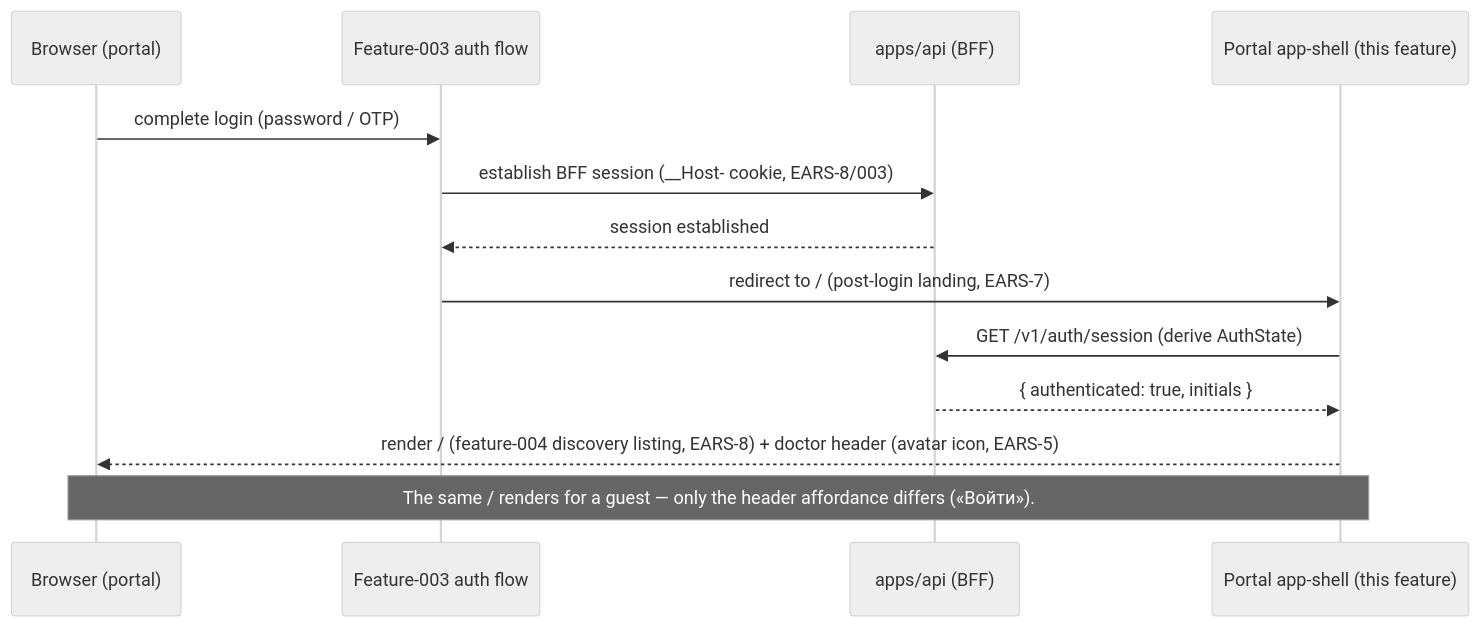
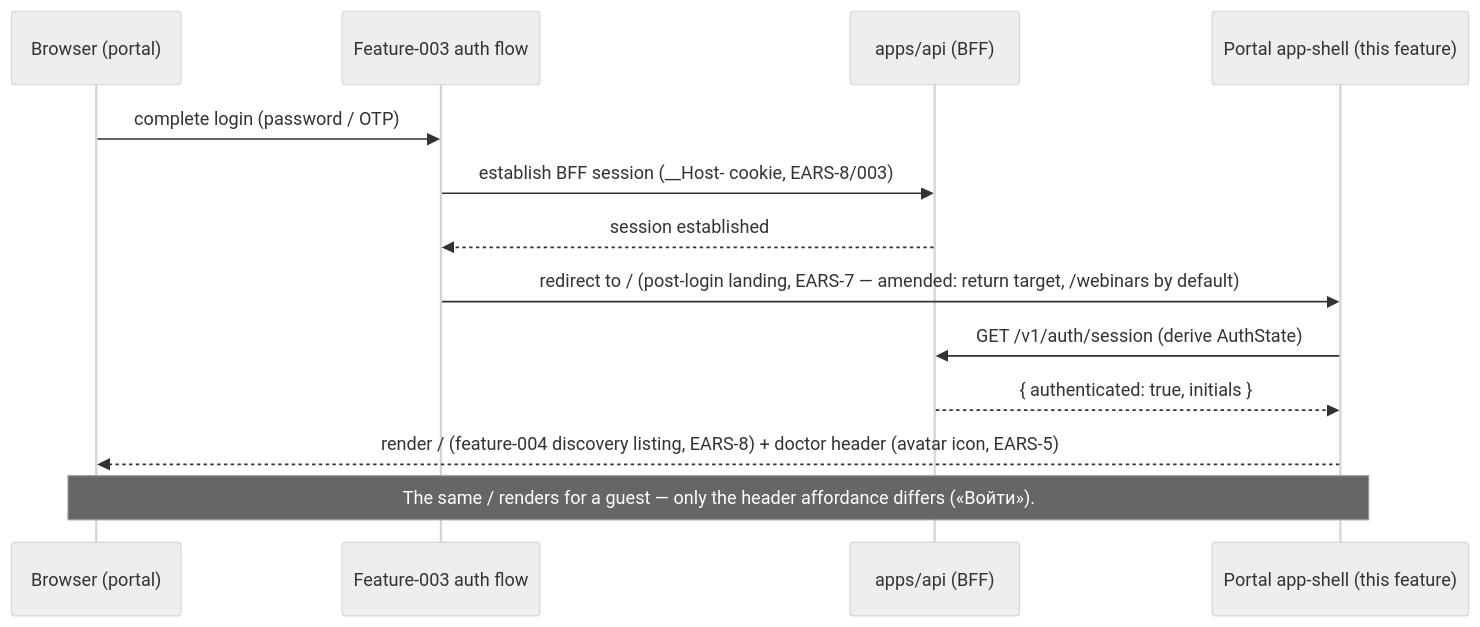
Before and after one commit to doctor-school/ds-platform: the fourth of 4 diagrams in apps/docs/content/specs/features/008-portal-shell/008-design.md, drawn with Mermaid (neutral theme). The commit also changed other lines of this file and 15 other files, not shown here.

````diff
--- a/apps/docs/content/specs/features/008-portal-shell/008-design.md
+++ b/apps/docs/content/specs/features/008-portal-shell/008-design.md
@@ -90,15 +92,15 @@
 ```mermaid
 sequenceDiagram
   participant B as Browser (portal)
   participant AUTH as Feature-003 auth flow
   participant API as apps/api (BFF)
   participant SHELL as Portal app-shell (this feature)
   B->>AUTH: complete login (password / OTP)
   AUTH->>API: establish BFF session (__Host- cookie, EARS-8/003)
   API-->>AUTH: session established
-  AUTH->>SHELL: redirect to / (post-login landing, EARS-7)
+  AUTH->>SHELL: redirect to / (post-login landing, EARS-7 — amended: return target, /webinars by default)
   SHELL->>API: GET /v1/auth/session (derive AuthState)
   API-->>SHELL: { authenticated: true, initials }
   SHELL-->>B: render / (feature-004 discovery listing, EARS-8) + doctor header (avatar icon, EARS-5)
   Note over SHELL,B: The same / renders for a guest — only the header affordance differs («Войти»).
 ```
````
